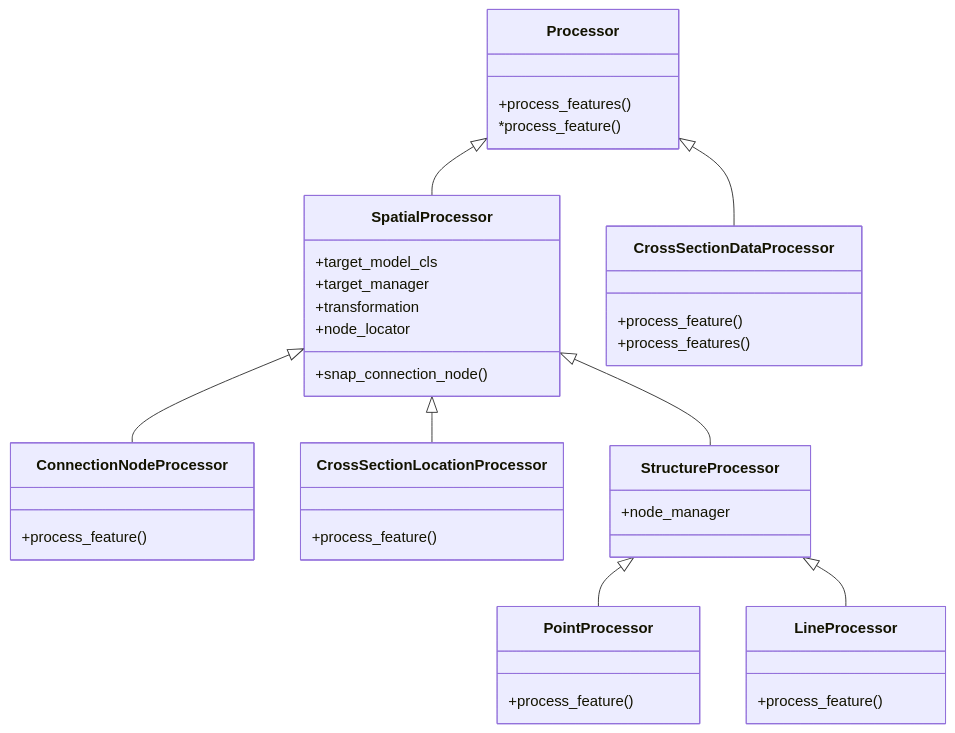
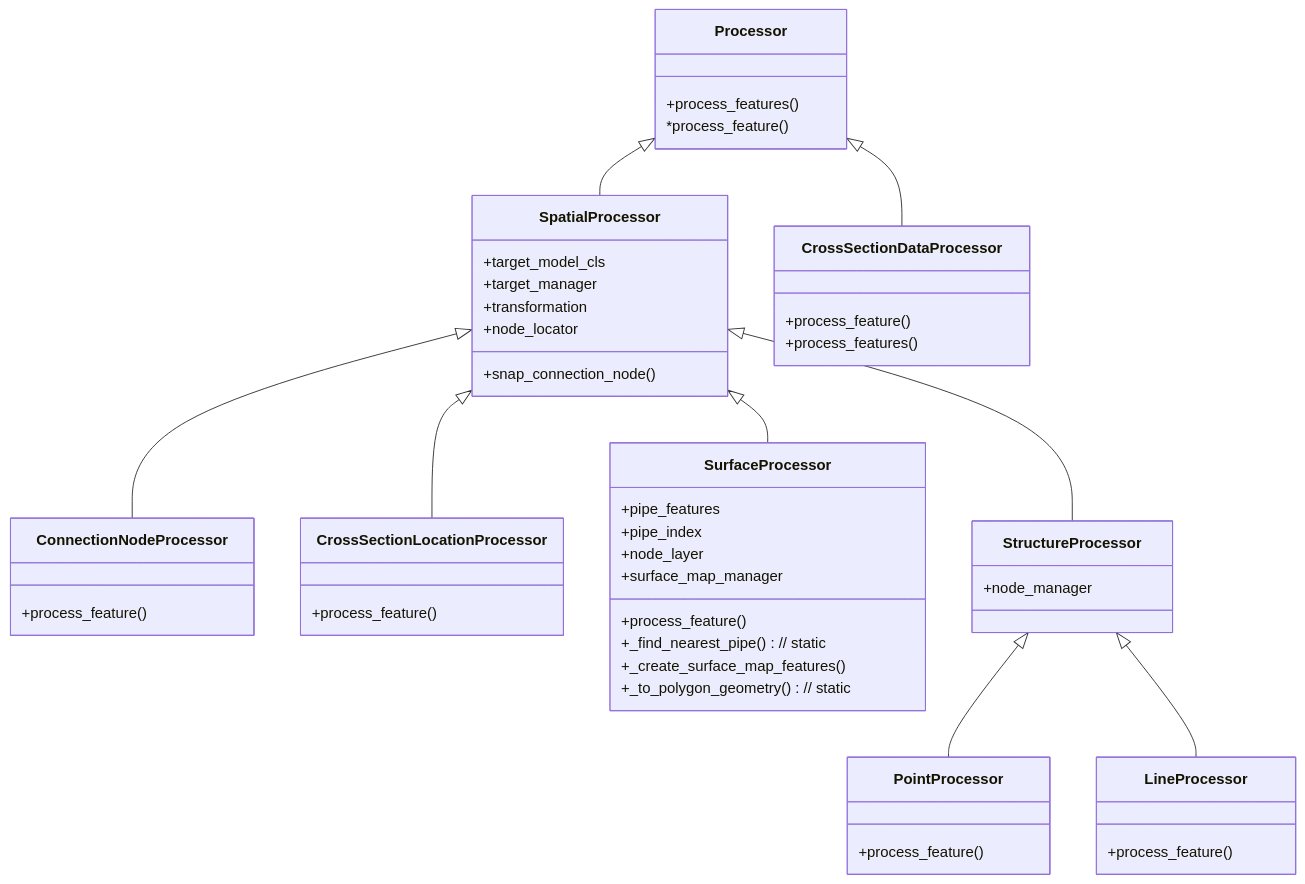
One commit to nens/threedi-schematisation-editor changed the fourth of 4 diagrams in threedi_schematisation_editor/vector_data_importer/DESIGN.md. Above: the diagram before and after it, drawn with Mermaid. The commit also changed other lines of this file and 28 other files, not shown here.

````diff
--- a/threedi_schematisation_editor/vector_data_importer/DESIGN.md
+++ b/threedi_schematisation_editor/vector_data_importer/DESIGN.md
@@ -196,48 +208,60 @@
 ```mermaid
 classDiagram
     Processor <|-- SpatialProcessor
     Processor <|-- CrossSectionDataProcessor
     SpatialProcessor <|-- ConnectionNodeProcessor
     SpatialProcessor <|-- CrossSectionLocationProcessor
+    SpatialProcessor <|-- SurfaceProcessor
     SpatialProcessor <|-- StructureProcessor
     StructureProcessor <|-- PointProcessor
     StructureProcessor <|-- LineProcessor
 
     class Processor {
         +process_features()
         *process_feature()
     }
     
     class CrossSectionDataProcessor {
         +process_feature()
         +process_features()
     }    
 
     class SpatialProcessor {
         +target_model_cls
         +target_manager
         +transformation
         +node_locator
         +snap_connection_node()
     }
 
     class ConnectionNodeProcessor {
         +process_feature()
     }
     
     class CrossSectionLocationProcessor {
         +process_feature()
     }
 
+    class SurfaceProcessor {
+        +pipe_features
+        +pipe_index
+        +node_layer
+        +surface_map_manager
+        +process_feature()
+        +_find_nearest_pipe() // static
+        +_create_surface_map_features()
+        +_to_polygon_geometry() // static
+    }
+
     class StructureProcessor {
         +node_manager
     }
 
     class PointProcessor {
         +process_feature()
     }
 
     class LineProcessor {
         +process_feature()
     }
 ```
````
